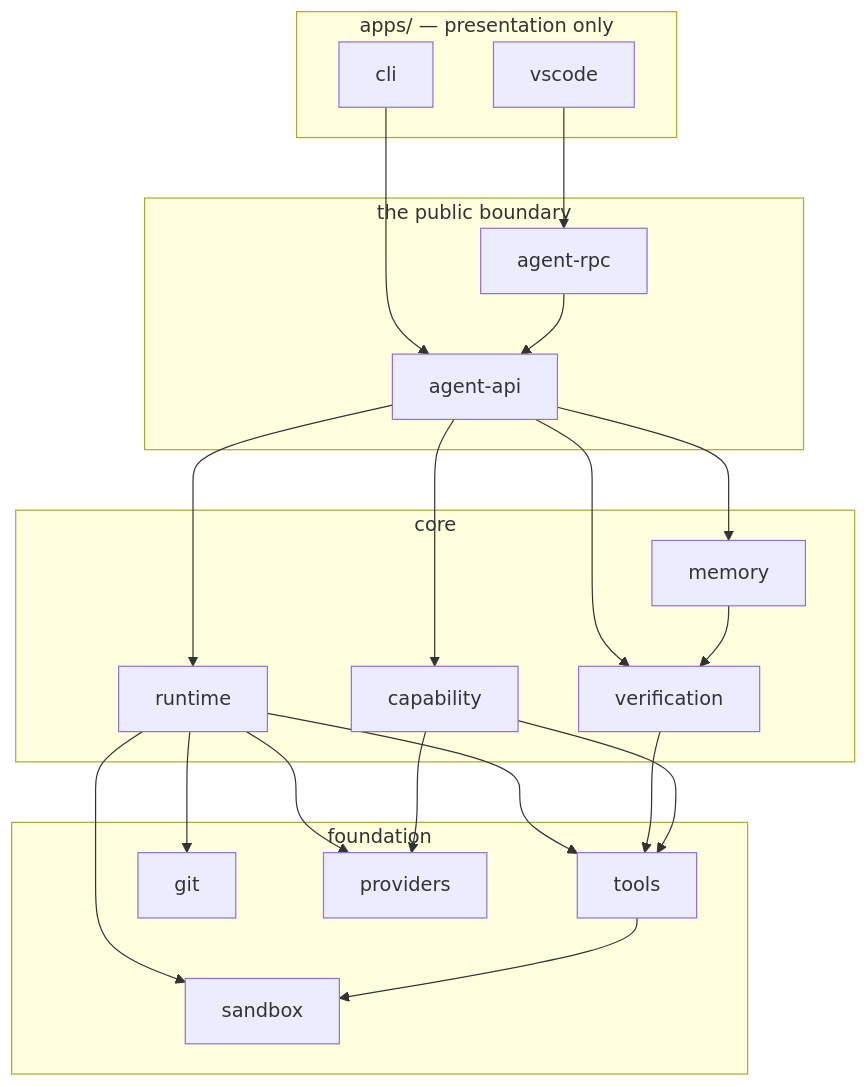
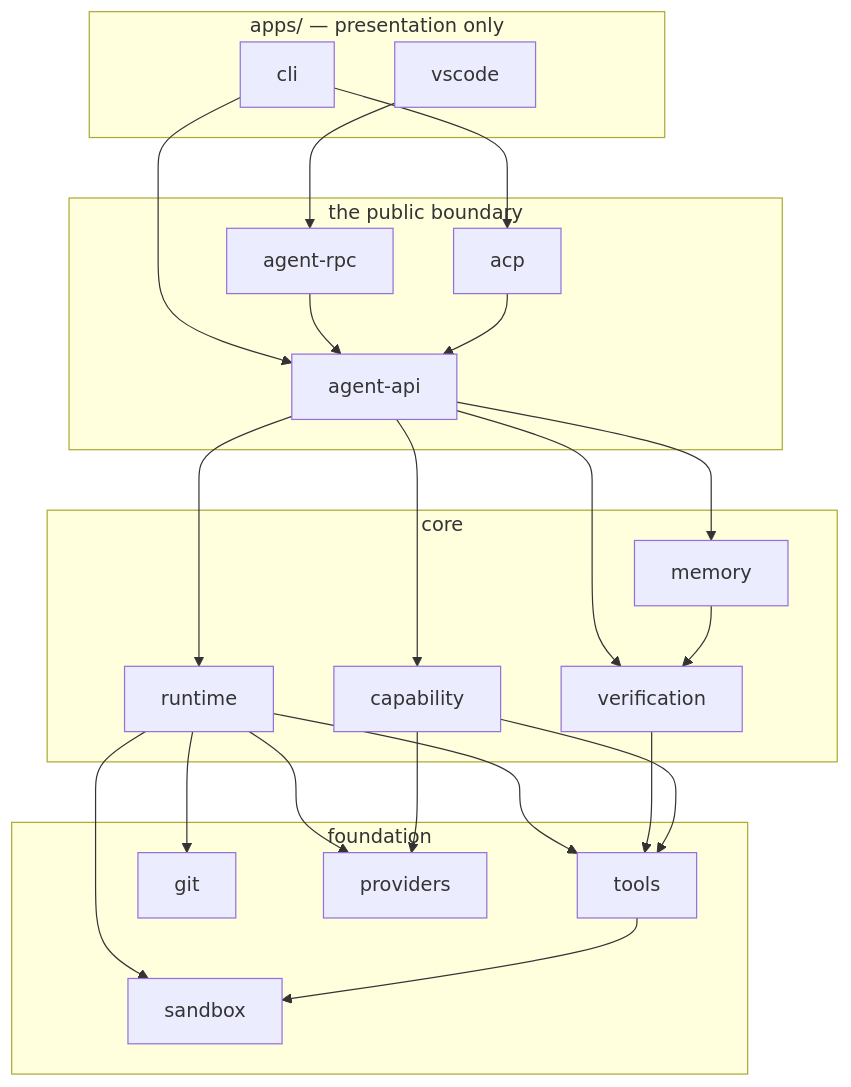
Before and after one commit to Derric01/ClutchCode: the diagram in PROJECT_SPEC.md, drawn with Mermaid. The commit also changed other lines of this file and 20 other files, not shown here.

````diff
--- a/PROJECT_SPEC.md
+++ b/PROJECT_SPEC.md
@@ -1160,33 +1166,36 @@
 ```mermaid
 flowchart TB
     subgraph clients["apps/ — presentation only"]
         CLI["cli"]
         VSC["vscode"]
     end
     subgraph boundary["the public boundary"]
         API["agent-api"]
         RPC["agent-rpc"]
+        ACP["acp"]
     end
     subgraph core["core"]
         RT["runtime"]
         CAP["capability"]
         VER["verification"]
         MEM["memory"]
     end
     subgraph found["foundation"]
         TOOLS["tools"]
         SBX["sandbox"]
         GIT["git"]
         PROV["providers"]
     end
 
     CLI --> API
+    CLI --> ACP
     VSC --> RPC
     RPC --> API
+    ACP --> API
     API --> RT & CAP & VER & MEM
     RT --> TOOLS & GIT & PROV & SBX
     VER --> TOOLS
     CAP --> PROV & TOOLS
     MEM --> VER
     TOOLS --> SBX
 ```
````
